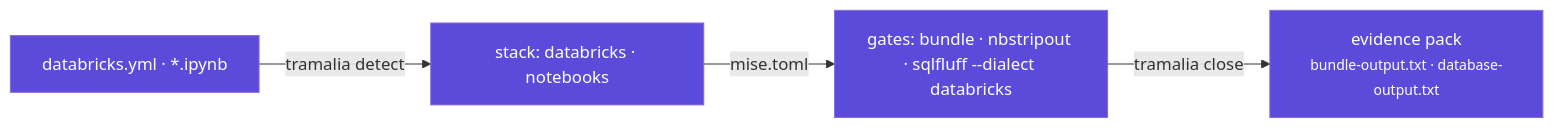
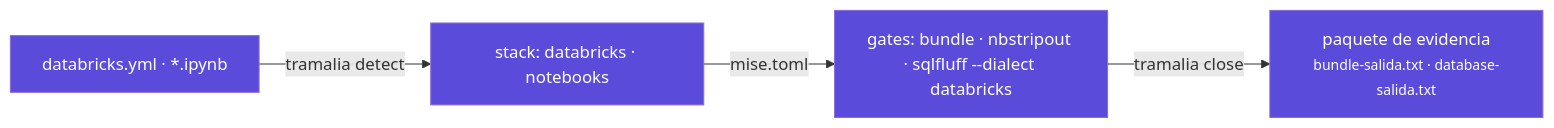
Before and after one commit to MscottB/tramalia: the diagram in docs/analitica.md, drawn with Mermaid. The commit also changed other lines of this file and 29 other files, not shown here.

````diff
--- a/docs/analitica.md
+++ b/docs/analitica.md
@@ -5,7 +5,7 @@
 ```mermaid
 flowchart LR
     classDef s fill:#5b4bdb,stroke:#8c68d9,color:#ffffff;
     A["databricks.yml · *.ipynb"]:::s -->|tramalia detect| B["stack: databricks · notebooks"]:::s
     B -->|mise.toml| C["gates: bundle · nbstripout · sqlfluff --dialect databricks"]:::s
-    C -->|tramalia close| D["evidence pack<br/><small>bundle-output.txt · database-output.txt</small>"]:::s
+    C -->|tramalia close| D["paquete de evidencia<br/><small>bundle-salida.txt · database-salida.txt</small>"]:::s
 ```
````
